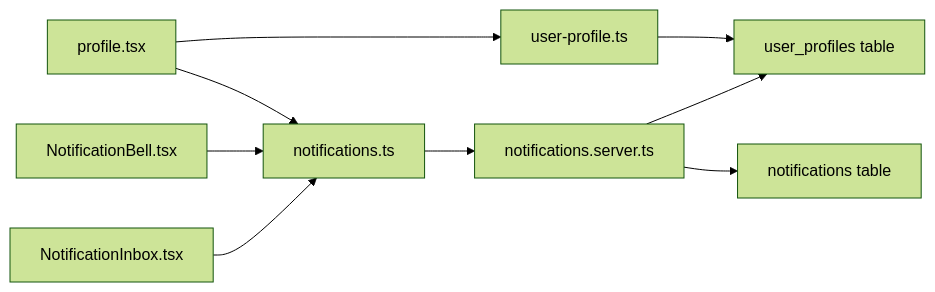
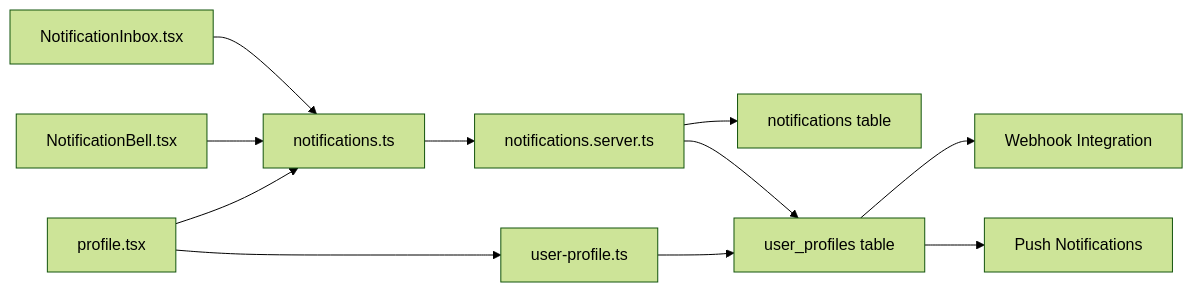
One commit to gastaldellomarco/pcReady changed the sixth of 6 diagrams in .qoder/repowiki/en/content/Real-time Features/Notification System/Notification Preferences.md. Above: the diagram before and after it, drawn with Mermaid (forest theme). The commit also changed other lines of this file and 8 other files, not shown here.

````diff
--- a/.qoder/repowiki/en/content/Real-time Features/Notification System/Notification Preferences.md
+++ b/.qoder/repowiki/en/content/Real-time Features/Notification System/Notification Preferences.md
@@ -286,11 +336,13 @@
 ```mermaid
 graph LR
 PF["profile.tsx"] --> UPF["user-profile.ts"]
 PF --> NF["notifications.ts"]
 NB["NotificationBell.tsx"] --> NF
 NI["NotificationInbox.tsx"] --> NF
 NF --> NS["notifications.server.ts"]
 NS --> DBN["notifications table"]
 UPF --> DBP["user_profiles table"]
 NS --> DBP
+DBP --> WEBHOOK["Webhook Integration"]
+DBP --> PUSH["Push Notifications"]
 ```
````
